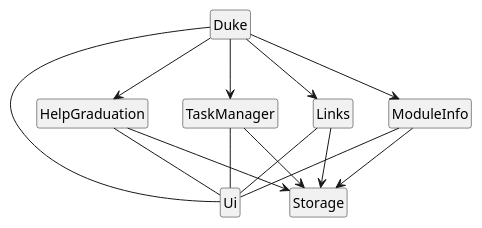
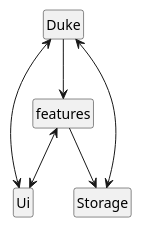
One commit to nus-cs2113-AY2021S2/tp changed the diagram in docs/diagrams/MainArchitecture.puml. Above: the diagram before and after it, drawn with PlantUML. The commit also changed 7 other files, not shown here.

```diff
--- a/docs/diagrams/MainArchitecture.puml
+++ b/docs/diagrams/MainArchitecture.puml
@@ -1,32 +1,17 @@
 @startuml
 
 hide members
 hide circle
 
 class Duke
 class Ui
-class ModuleInfo
-class HelpGraduation
-class TaskManager
-class Links
 class Storage
-
-Duke -- Ui
-Duke --> ModuleInfo
-ModuleInfo --> Storage
-ModuleInfo -- Ui
-
-Duke --> HelpGraduation
-HelpGraduation -- Ui
-HelpGraduation --> Storage
-
-Duke --> TaskManager
-TaskManager -- Ui
-TaskManager --> Storage
+class features
+Duke --> features
+Duke <--> Ui
+features <--> Ui
+Duke <--> Storage
+features --> Storage
 
 
-Duke --> Links
-Links -- Ui
-Links --> Storage
-
 @enduml
```
